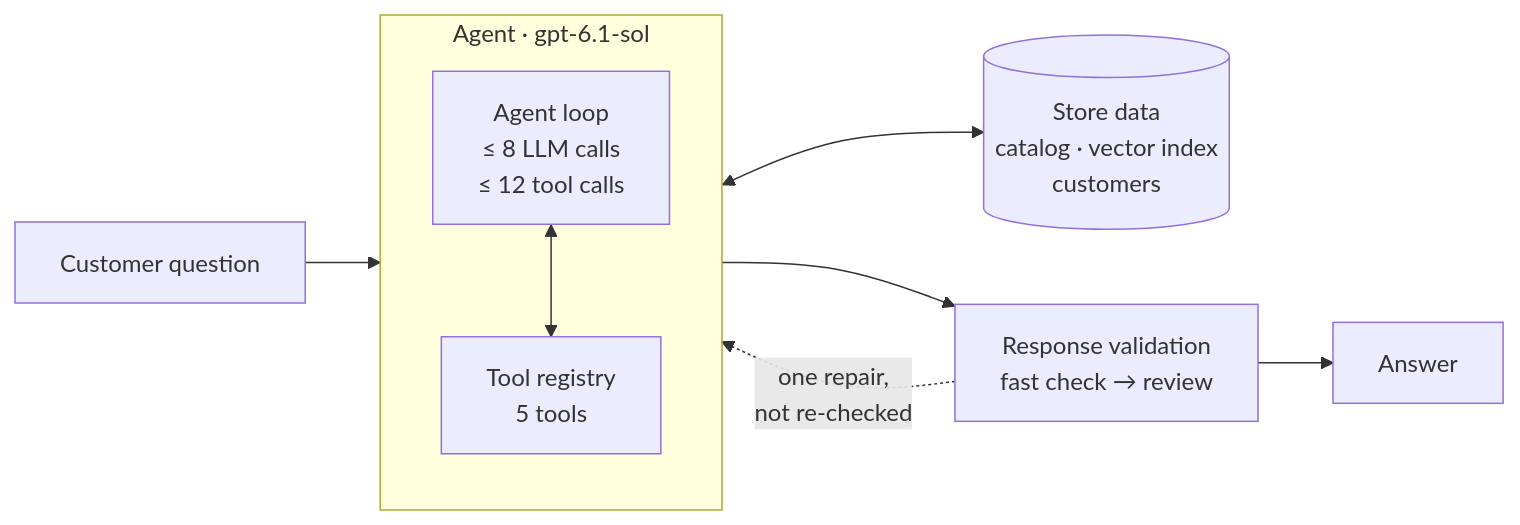
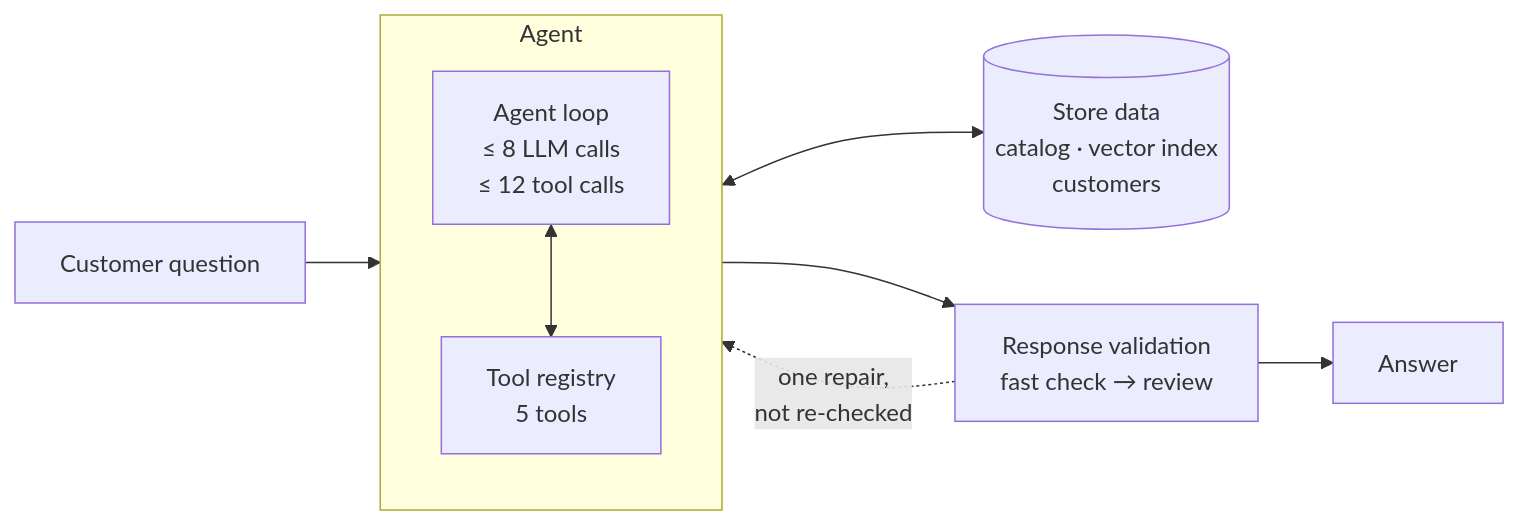
The first of 3 diagrams in README.md (shachar-bz/Customer_service_agent), drawn with Mermaid before and after one commit. The commit also changed other lines of this file, not shown here.

````diff
--- a/README.md
+++ b/README.md
@@ -46,16 +46,16 @@
 ```mermaid
 flowchart LR
   Q["Customer question"] --> AG
 
-  subgraph AGENT["Agent · gpt-6.1-sol"]
+  subgraph AGENT["Agent"]
     direction TB
     AG["Agent loop<br/>≤ 8 LLM calls<br/>≤ 12 tool calls"]
     TR["Tool registry<br/>5 tools"]
     AG <--> TR
   end
 
   TR <--> DATA[("Store data<br/>catalog · vector index<br/>customers")]
   AG --> VAL["Response validation<br/>fast check → review"]
   VAL -. "one repair,<br/>not re-checked" .-> AG
   VAL --> A["Answer"]
 ```
````
